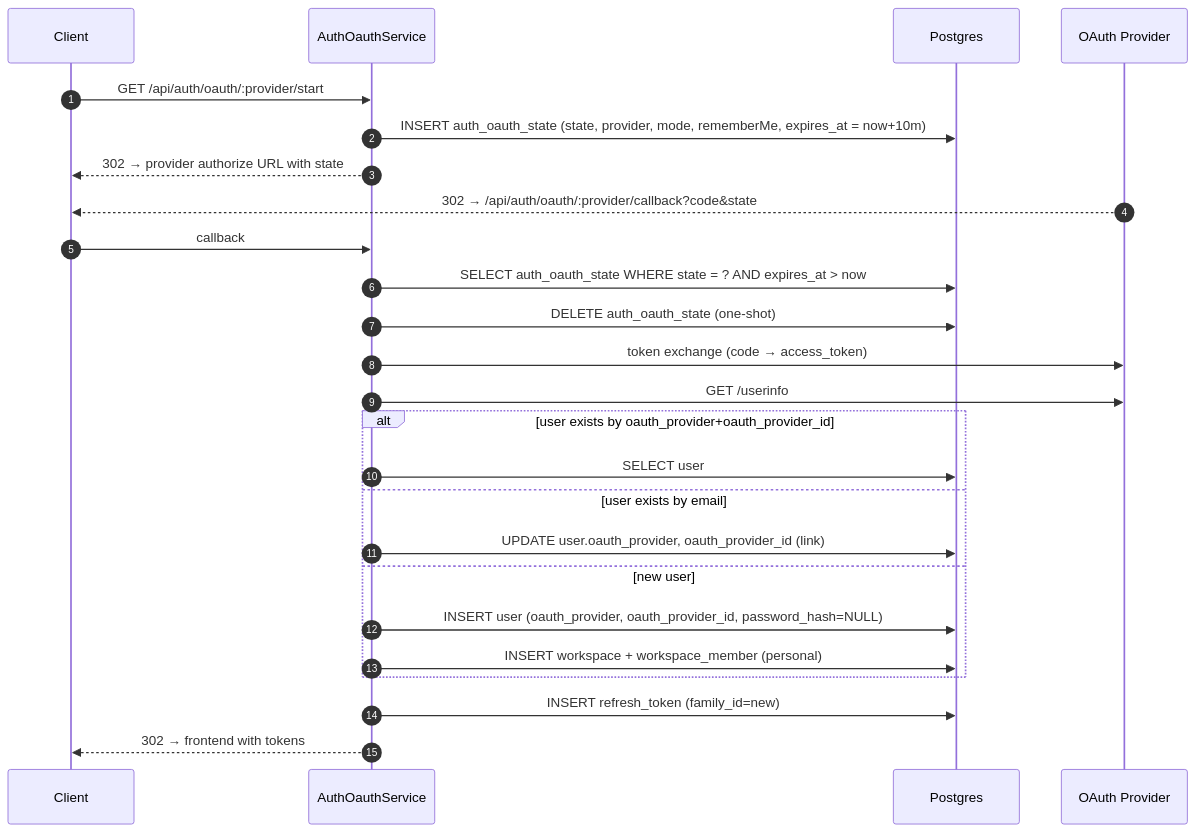
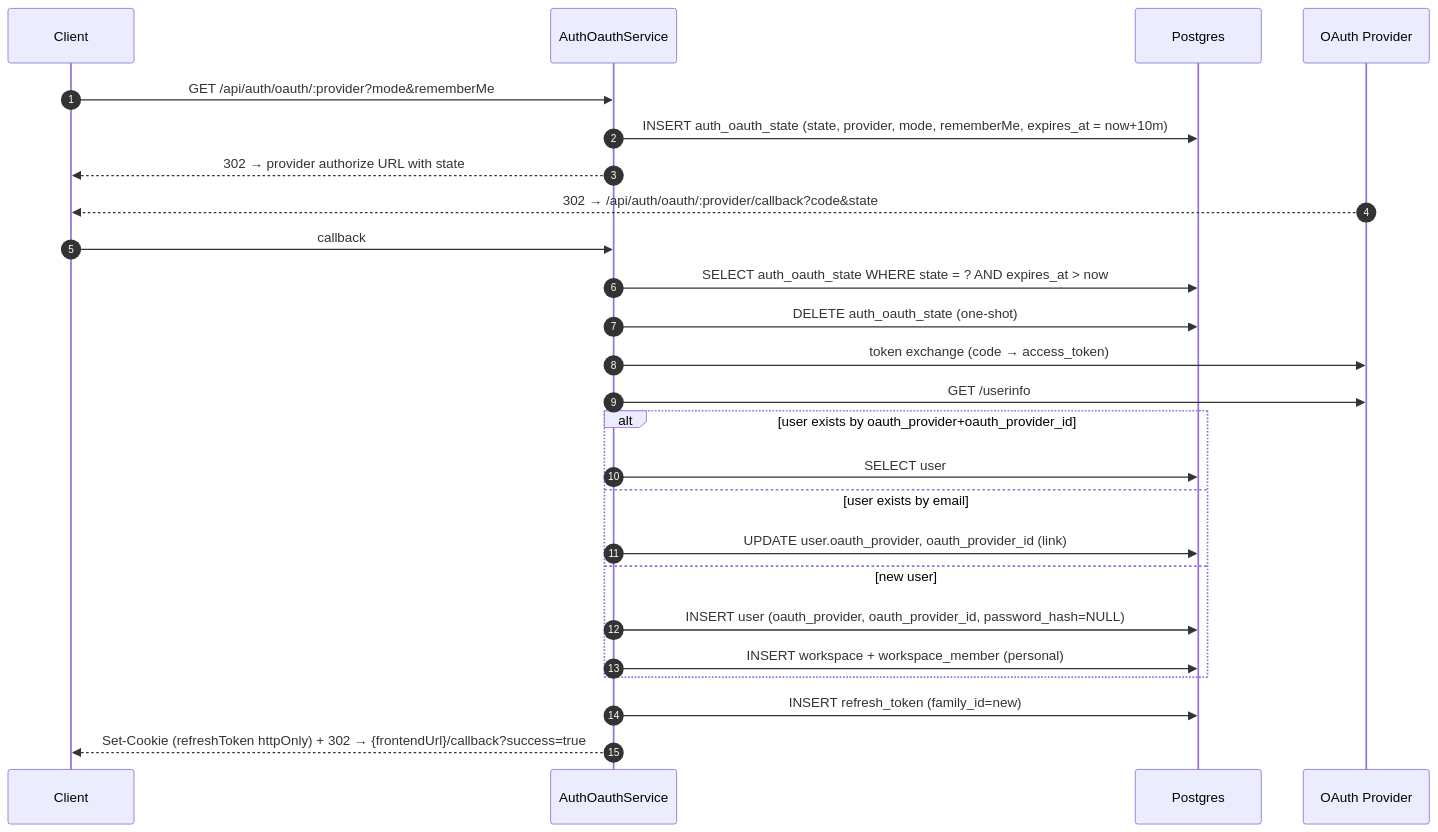
Before and after one commit to worker-ants/clemvion: the third of 6 diagrams in spec/data-flow/2-auth.md, drawn with Mermaid. The commit also changed other lines of this file and 186 other files, not shown here.

````diff
--- a/spec/data-flow/2-auth.md
+++ b/spec/data-flow/2-auth.md
@@ -103,28 +106,28 @@
 ```mermaid
 sequenceDiagram
   autonumber
   participant C as Client
   participant Svc as AuthOauthService
   participant PG as Postgres
   participant Prov as OAuth Provider
 
-  C->>Svc: GET /api/auth/oauth/:provider/start
+  C->>Svc: GET /api/auth/oauth/:provider?mode&rememberMe
   Svc->>PG: INSERT auth_oauth_state (state, provider, mode, rememberMe, expires_at = now+10m)
   Svc-->>C: 302 → provider authorize URL with state
   Prov-->>C: 302 → /api/auth/oauth/:provider/callback?code&state
   C->>Svc: callback
   Svc->>PG: SELECT auth_oauth_state WHERE state = ? AND expires_at > now
   Svc->>PG: DELETE auth_oauth_state (one-shot)
   Svc->>Prov: token exchange (code → access_token)
   Svc->>Prov: GET /userinfo
   alt user exists by oauth_provider+oauth_provider_id
     Svc->>PG: SELECT user
   else user exists by email
     Svc->>PG: UPDATE user.oauth_provider, oauth_provider_id (link)
   else new user
     Svc->>PG: INSERT user (oauth_provider, oauth_provider_id, password_hash=NULL)
     Svc->>PG: INSERT workspace + workspace_member (personal)
   end
   Svc->>PG: INSERT refresh_token (family_id=new)
-  Svc-->>C: 302 → frontend with tokens
+  Svc-->>C: Set-Cookie (refreshToken httpOnly) + 302 → {frontendUrl}/callback?success=true
 ```
````
